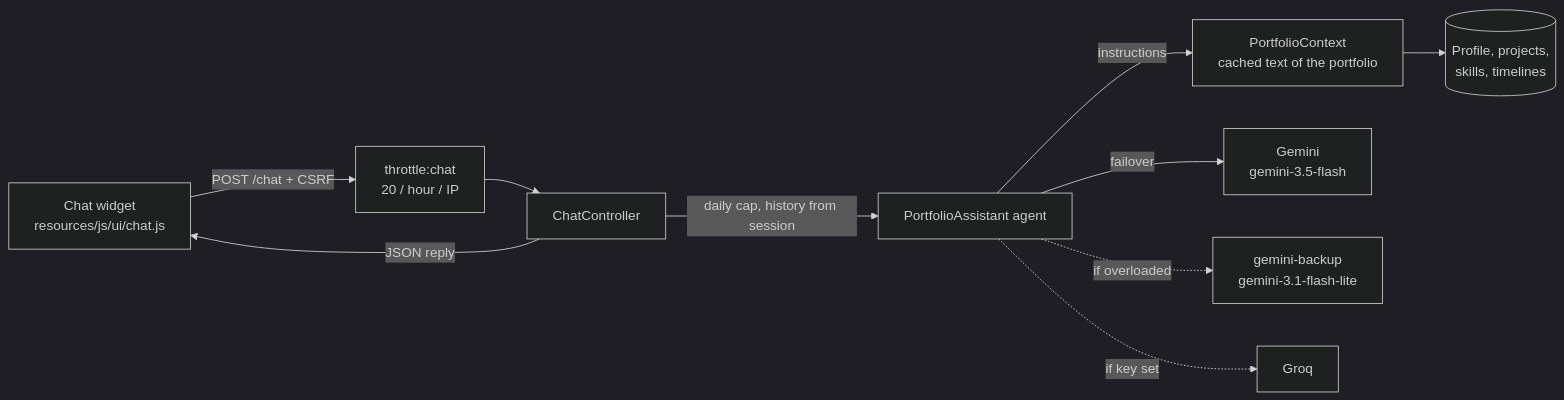
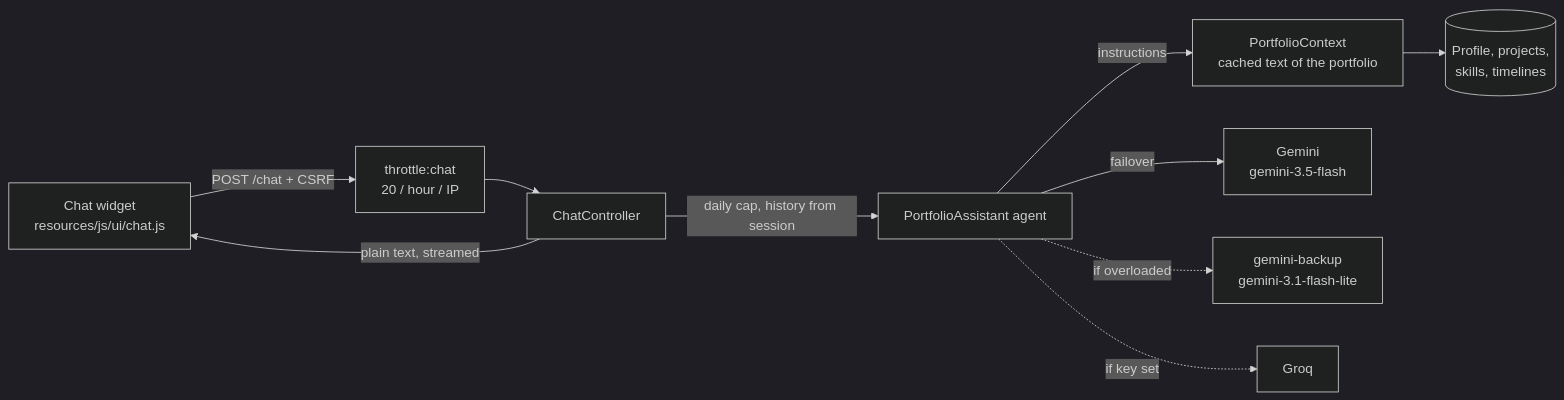
One commit to NoviIndraF/portfolio-web changed the diagram in docs/technical/08-ai-chatbot.md. Above: the diagram before and after it, drawn with Mermaid (dark theme). The commit also changed other lines of this file and 25 other files, not shown here.

````diff
--- a/docs/technical/08-ai-chatbot.md
+++ b/docs/technical/08-ai-chatbot.md
@@ -9,12 +9,12 @@
 ```mermaid
 flowchart LR
     W[Chat widget<br/>resources/js/ui/chat.js] -->|POST /chat + CSRF| T[throttle:chat<br/>20 / hour / IP]
     T --> C[ChatController]
     C -->|daily cap, history from session| A[PortfolioAssistant agent]
     A -->|instructions| P[PortfolioContext<br/>cached text of the portfolio]
     P --> DB[(Profile, projects,<br/>skills, timelines)]
     A -->|failover| G1[Gemini<br/>gemini-3.5-flash]
     A -.->|if overloaded| G2[gemini-backup<br/>gemini-3.1-flash-lite]
     A -.->|if key set| G3[Groq]
-    C -->|JSON reply| W
+    C -->|plain text, streamed| W
 ```
````
